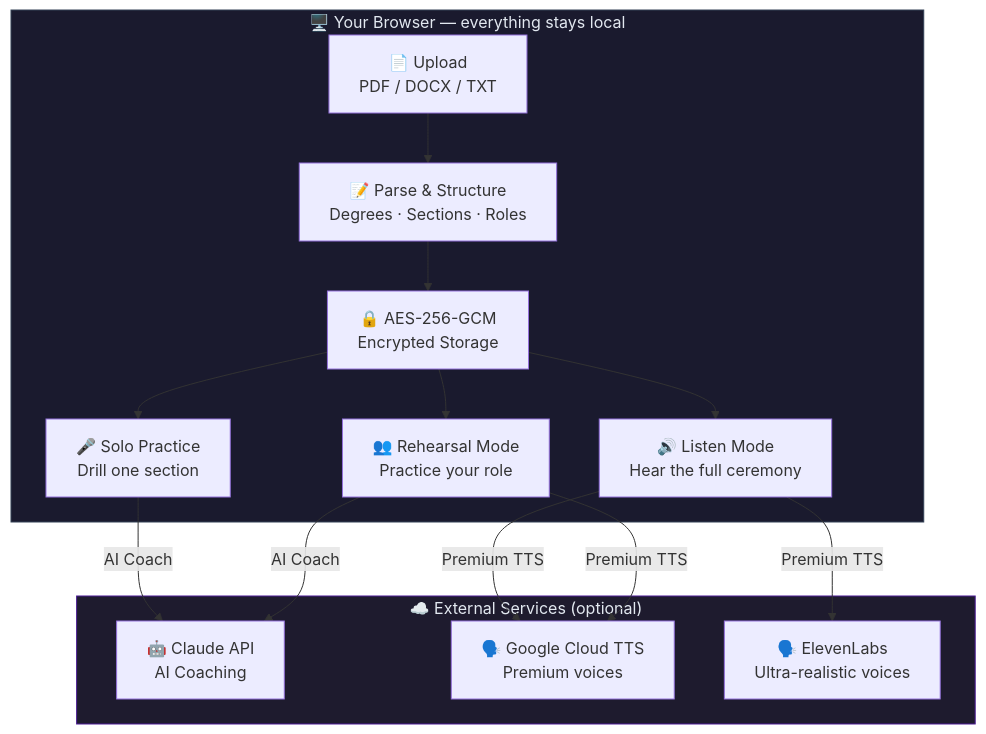
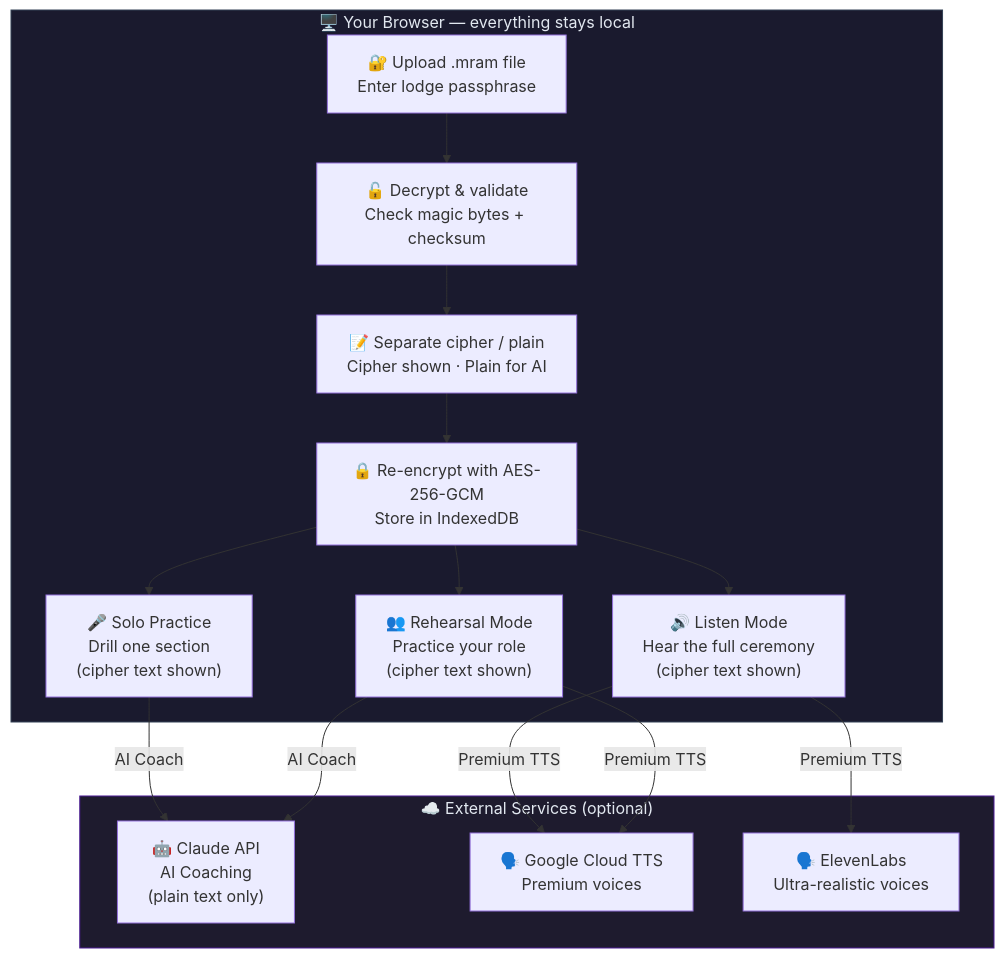
One commit to mcleods777/Masonic-Ritual-AI-Mentor changed the first of 9 diagrams in README.md. Above: the diagram before and after it, drawn with Mermaid. The commit also changed other lines of this file and 4 other files, not shown here.

First line of the commit message:
Update docs for .mram format, fix cipher text display in Listen/Rehearsal modes

````diff
--- a/README.md
+++ b/README.md
@@ -9,31 +9,32 @@
 ```mermaid
 flowchart TB
     subgraph Browser["🖥️ Your Browser — everything stays local"]
-        Upload["📄 Upload\nPDF / DOCX / TXT"]
-        Parse["📝 Parse & Structure\nDegrees · Sections · Roles"]
-        Encrypt["🔒 AES-256-GCM\nEncrypted Storage"]
-        Upload --> Parse --> Encrypt
+        Upload["🔐 Upload .mram file\nEnter lodge passphrase"]
+        Decrypt["🔓 Decrypt & validate\nCheck magic bytes + checksum"]
+        Split["📝 Separate cipher / plain\nCipher shown · Plain for AI"]
+        Encrypt["🔒 Re-encrypt with AES-256-GCM\nStore in IndexedDB"]
+        Upload --> Decrypt --> Split --> Encrypt
 
-        Solo["🎤 Solo Practice\nDrill one section"]
-        Listen["🔊 Listen Mode\nHear the full ceremony"]
-        Rehearsal["👥 Rehearsal Mode\nPractice your role"]
+        Solo["🎤 Solo Practice\nDrill one section\n(cipher text shown)"]
+        Listen["🔊 Listen Mode\nHear the full ceremony\n(cipher text shown)"]
+        Rehearsal["👥 Rehearsal Mode\nPractice your role\n(cipher text shown)"]
         Encrypt --> Solo
         Encrypt --> Listen
         Encrypt --> Rehearsal
     end
 
     subgraph External["☁️ External Services (optional)"]
-        Claude["🤖 Claude API\nAI Coaching"]
+        Claude["🤖 Claude API\nAI Coaching\n(plain text only)"]
         Google["🗣️ Google Cloud TTS\nPremium voices"]
         Eleven["🗣️ ElevenLabs\nUltra-realistic voices"]
     end
 
     Solo -->|"AI Coach"| Claude
     Listen -->|"Premium TTS"| Google
     Listen -->|"Premium TTS"| Eleven
     Rehearsal -->|"AI Coach"| Claude
     Rehearsal -->|"Premium TTS"| Google
 
     style Browser fill:#1a1a2e,stroke:#334155,color:#e2e8f0
     style External fill:#1e1b2e,stroke:#4c1d95,color:#e2e8f0
 ```
````
